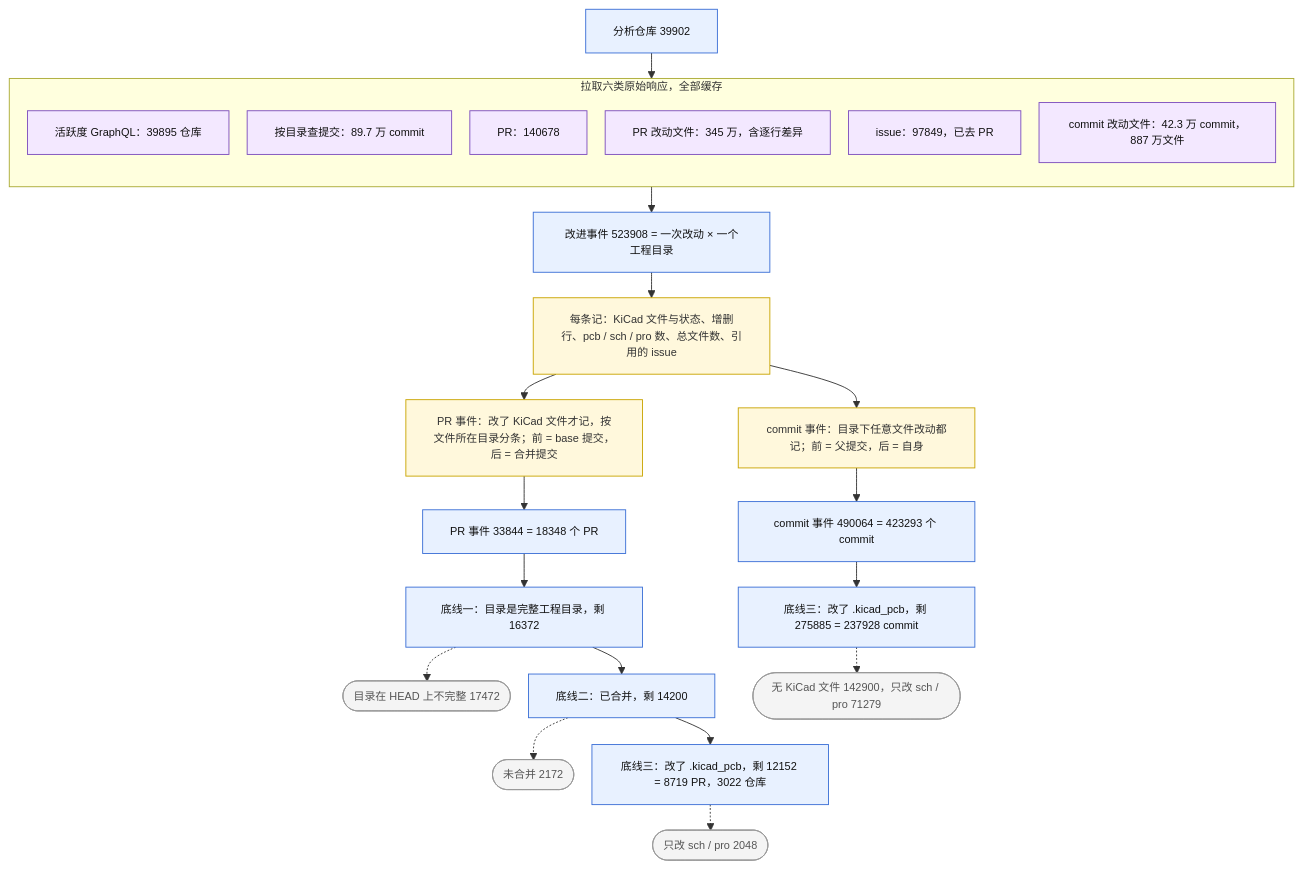
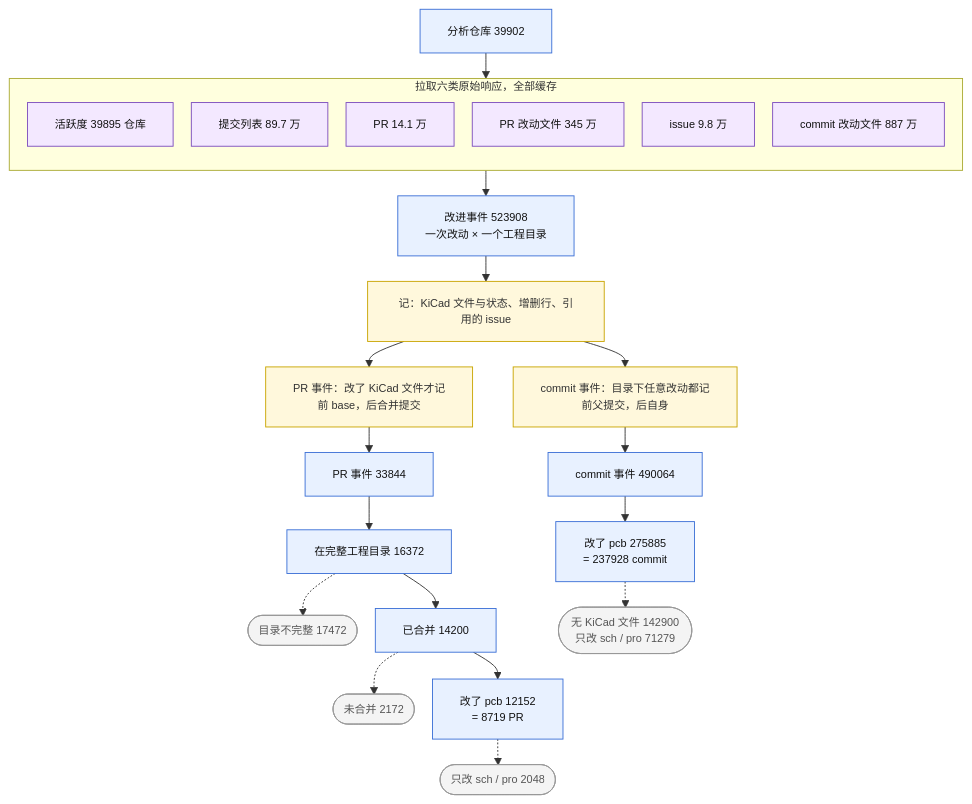
Before and after one commit to Xiafyjck/github_kicad_project_scout: the third of 5 diagrams in reports/progress_report.md, drawn with Mermaid. The commit also changed other lines of this file, not shown here.

Commit message:
reports: compress figure labels further

````diff
--- a/reports/progress_report.md
+++ b/reports/progress_report.md
@@ -173,36 +173,36 @@
 ```mermaid
 %%{init: {'themeVariables': {'fontSize': '12px'}, 'flowchart': {'nodeSpacing': 20, 'rankSpacing': 28}}}%%
 flowchart TB
     classDef exit fill:#f4f4f4,stroke:#999,color:#555
     classDef keep fill:#e8f1ff,stroke:#3b6fd6,color:#111
     classDef src fill:#f3e8ff,stroke:#7c4dbd,color:#111
     classDef rule fill:#fff8dc,stroke:#c9a400,color:#333
     classDef final fill:#e6f7e6,stroke:#2e8b57,color:#111
 
     Q[分析仓库 39902]:::keep
     subgraph H[拉取六类原始响应，全部缓存]
         direction TB
-        H0[活跃度 GraphQL：39895 仓库]:::src
-        H1[按目录查提交：89.7 万 commit]:::src
-        H2[PR：140678]:::src
-        H3[PR 改动文件：345 万，含逐行差异]:::src
-        H4[issue：97849，已去 PR]:::src
-        H5[commit 改动文件：42.3 万 commit，887 万文件]:::src
+        H0[活跃度 39895 仓库]:::src
+        H1[提交列表 89.7 万]:::src
+        H2[PR 14.1 万]:::src
+        H3[PR 改动文件 345 万]:::src
+        H4[issue 9.8 万]:::src
+        H5[commit 改动文件 887 万]:::src
     end
     Q --> H
-    H --> E[改进事件 523908 = 一次改动 × 一个工程目录]:::keep
-    E --> D[每条记：KiCad 文件与状态、增删行、pcb / sch / pro 数、总文件数、引用的 issue]:::rule
-    D --> PR[PR 事件：改了 KiCad 文件才记，按文件所在目录分条；前 = base 提交，后 = 合并提交]:::rule
-    D --> CM[commit 事件：目录下任意文件改动都记；前 = 父提交，后 = 自身]:::rule
-    PR --> P[PR 事件 33844 = 18348 个 PR]:::keep
-    CM --> M[commit 事件 490064 = 423293 个 commit]:::keep
+    H --> E[改进事件 523908<br/>一次改动 × 一个工程目录]:::keep
+    E --> D[记：KiCad 文件与状态、增删行、引用的 issue]:::rule
+    D --> PR[PR 事件：改了 KiCad 文件才记<br/>前 base，后合并提交]:::rule
+    D --> CM[commit 事件：目录下任意改动都记<br/>前父提交，后自身]:::rule
+    PR --> P[PR 事件 33844]:::keep
+    CM --> M[commit 事件 490064]:::keep
 
-    P --> P1[底线一：目录是完整工程目录，剩 16372]:::keep
-    P1 -.-> PX1([目录在 HEAD 上不完整 17472]):::exit
-    P1 --> P2[底线二：已合并，剩 14200]:::keep
+    P --> P1[在完整工程目录 16372]:::keep
+    P1 -.-> PX1([目录不完整 17472]):::exit
+    P1 --> P2[已合并 14200]:::keep
     P2 -.-> PX2([未合并 2172]):::exit
-    P2 --> P3[底线三：改了 .kicad_pcb，剩 12152 = 8719 PR，3022 仓库]:::keep
+    P2 --> P3[改了 pcb 12152<br/>= 8719 PR]:::keep
     P3 -.-> PX3([只改 sch / pro 2048]):::exit
-    M --> M3[底线三：改了 .kicad_pcb，剩 275885 = 237928 commit]:::keep
-    M3 -.-> MX3([无 KiCad 文件 142900，只改 sch / pro 71279]):::exit
+    M --> M3[改了 pcb 275885<br/>= 237928 commit]:::keep
+    M3 -.-> MX3([无 KiCad 文件 142900<br/>只改 sch / pro 71279]):::exit
 ```
````
